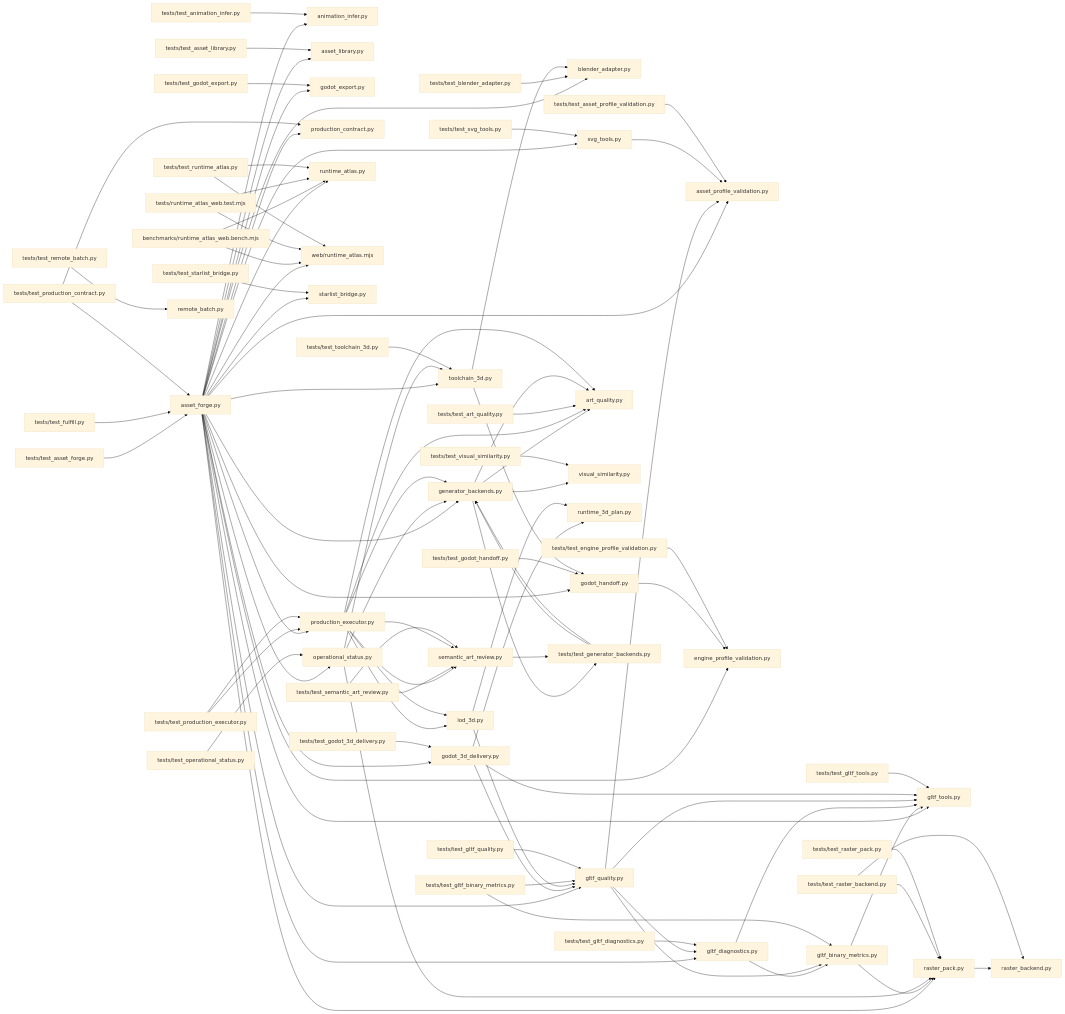
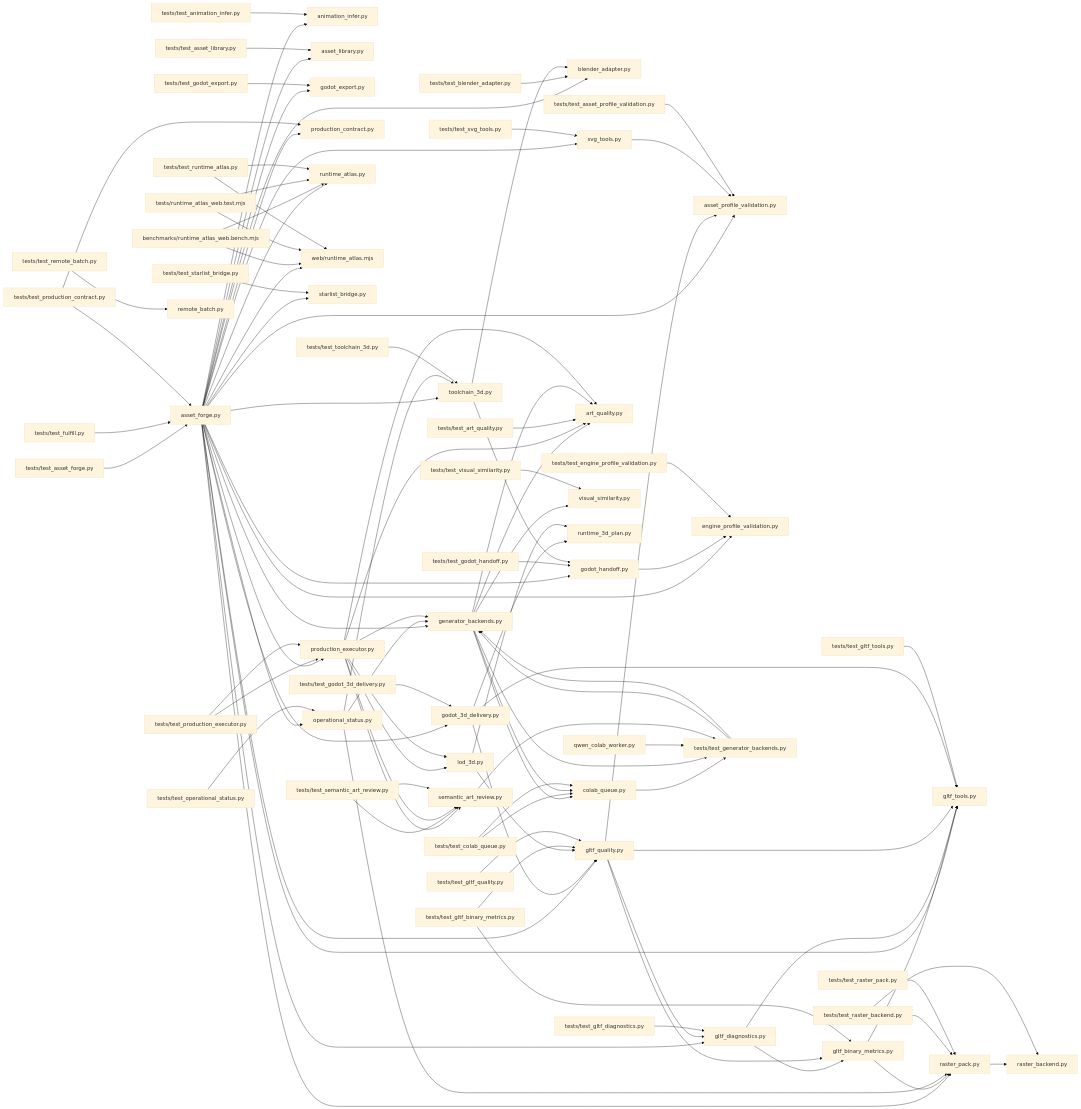
The diagram in .ai/brain/architecture.mmd (dbrckk/asset-forge), drawn with Mermaid (base theme) before and after one commit. The commit also changed 88 other files, not shown here.

```diff
--- a/.ai/brain/architecture.mmd
+++ b/.ai/brain/architecture.mmd
@@ -1,94 +1,100 @@
 flowchart LR
   nf6aaebdb60["asset_forge.py"] --> na6af60504f["animation_infer.py"]
   nf6aaebdb60["asset_forge.py"] --> n3999d8a6d6["asset_library.py"]
   nf6aaebdb60["asset_forge.py"] --> n0b538ad53a["asset_profile_validation.py"]
   nf6aaebdb60["asset_forge.py"] --> n53f8241bed["blender_adapter.py"]
   nf6aaebdb60["asset_forge.py"] --> n6c970becb0["engine_profile_validation.py"]
   nf6aaebdb60["asset_forge.py"] --> n628d7e8336["generator_backends.py"]
   nf6aaebdb60["asset_forge.py"] --> n75933d141d["gltf_diagnostics.py"]
   nf6aaebdb60["asset_forge.py"] --> n40671eb73f["gltf_quality.py"]
   nf6aaebdb60["asset_forge.py"] --> n603af8be95["gltf_tools.py"]
   nf6aaebdb60["asset_forge.py"] --> n19f6cc30a2["godot_3d_delivery.py"]
   nf6aaebdb60["asset_forge.py"] --> nf513c6f74a["godot_export.py"]
   nf6aaebdb60["asset_forge.py"] --> n4ac24c4308["godot_handoff.py"]
   nf6aaebdb60["asset_forge.py"] --> n8e6c2af7cd["operational_status.py"]
   nf6aaebdb60["asset_forge.py"] --> n053badf172["production_contract.py"]
   nf6aaebdb60["asset_forge.py"] --> nd2e1f874ab["production_executor.py"]
   nf6aaebdb60["asset_forge.py"] --> n812f5d6cd8["raster_pack.py"]
   nf6aaebdb60["asset_forge.py"] --> n5b9c1dbfe7["runtime_atlas.py"]
   nf6aaebdb60["asset_forge.py"] --> nbf71796fb5["web/runtime_atlas.mjs"]
   nf6aaebdb60["asset_forge.py"] --> n60f2773fae["starlist_bridge.py"]
   nf6aaebdb60["asset_forge.py"] --> nd1a9eb18f4["svg_tools.py"]
   nf6aaebdb60["asset_forge.py"] --> n9f52789201["toolchain_3d.py"]
   nf1083f5ce7["benchmarks/runtime_atlas_web.bench.mjs"] --> n5b9c1dbfe7["runtime_atlas.py"]
   nf1083f5ce7["benchmarks/runtime_atlas_web.bench.mjs"] --> nbf71796fb5["web/runtime_atlas.mjs"]
   n628d7e8336["generator_backends.py"] --> n8d2c947be9["art_quality.py"]
+  n628d7e8336["generator_backends.py"] --> n297363c718["colab_queue.py"]
   n628d7e8336["generator_backends.py"] --> n138016621f["visual_similarity.py"]
   nf2ad6ffaad["gltf_binary_metrics.py"] --> n603af8be95["gltf_tools.py"]
   nf2ad6ffaad["gltf_binary_metrics.py"] --> n812f5d6cd8["raster_pack.py"]
   n75933d141d["gltf_diagnostics.py"] --> nf2ad6ffaad["gltf_binary_metrics.py"]
   n75933d141d["gltf_diagnostics.py"] --> n603af8be95["gltf_tools.py"]
   n40671eb73f["gltf_quality.py"] --> n0b538ad53a["asset_profile_validation.py"]
   n40671eb73f["gltf_quality.py"] --> nf2ad6ffaad["gltf_binary_metrics.py"]
   n40671eb73f["gltf_quality.py"] --> n75933d141d["gltf_diagnostics.py"]
   n40671eb73f["gltf_quality.py"] --> n603af8be95["gltf_tools.py"]
   n19f6cc30a2["godot_3d_delivery.py"] --> n40671eb73f["gltf_quality.py"]
   n19f6cc30a2["godot_3d_delivery.py"] --> n603af8be95["gltf_tools.py"]
   n19f6cc30a2["godot_3d_delivery.py"] --> n380cc2f323["runtime_3d_plan.py"]
   n4ac24c4308["godot_handoff.py"] --> n6c970becb0["engine_profile_validation.py"]
   n717921bc3d["lod_3d.py"] --> n40671eb73f["gltf_quality.py"]
   n717921bc3d["lod_3d.py"] --> n380cc2f323["runtime_3d_plan.py"]
   n8e6c2af7cd["operational_status.py"] --> n628d7e8336["generator_backends.py"]
   n8e6c2af7cd["operational_status.py"] --> n812f5d6cd8["raster_pack.py"]
   n8e6c2af7cd["operational_status.py"] --> n9f52789201["toolchain_3d.py"]
   nd2e1f874ab["production_executor.py"] --> n8d2c947be9["art_quality.py"]
   nd2e1f874ab["production_executor.py"] --> n628d7e8336["generator_backends.py"]
   nd2e1f874ab["production_executor.py"] --> n717921bc3d["lod_3d.py"]
   nd2e1f874ab["production_executor.py"] --> n34d09e1079["semantic_art_review.py"]
   n812f5d6cd8["raster_pack.py"] --> n1f573e1b00["raster_backend.py"]
   nd1a9eb18f4["svg_tools.py"] --> n0b538ad53a["asset_profile_validation.py"]
   n6d6a7f3f5f["tests/runtime_atlas_web.test.mjs"] --> n5b9c1dbfe7["runtime_atlas.py"]
   n6d6a7f3f5f["tests/runtime_atlas_web.test.mjs"] --> nbf71796fb5["web/runtime_atlas.mjs"]
   ndd9a4fb45c["tests/test_animation_infer.py"] --> na6af60504f["animation_infer.py"]
   nd3b6d2e9bf["tests/test_art_quality.py"] --> n8d2c947be9["art_quality.py"]
   na7d4387d3f["tests/test_asset_forge.py"] --> nf6aaebdb60["asset_forge.py"]
   nd8f3ab5afe["tests/test_asset_library.py"] --> n3999d8a6d6["asset_library.py"]
   necd522caf1["tests/test_asset_profile_validation.py"] --> n0b538ad53a["asset_profile_validation.py"]
   n0b5e01c792["tests/test_blender_adapter.py"] --> n53f8241bed["blender_adapter.py"]
+  n95d1bab560["tests/test_colab_queue.py"] --> n297363c718["colab_queue.py"]
   n69f8299d4b["tests/test_engine_profile_validation.py"] --> n6c970becb0["engine_profile_validation.py"]
   n8020ce18e3["tests/test_fulfill.py"] --> nf6aaebdb60["asset_forge.py"]
   n3669c12588["tests/test_generator_backends.py"] --> n628d7e8336["generator_backends.py"]
   nd70a422de4["tests/test_gltf_binary_metrics.py"] --> nf2ad6ffaad["gltf_binary_metrics.py"]
   nd70a422de4["tests/test_gltf_binary_metrics.py"] --> n40671eb73f["gltf_quality.py"]
   nfb115d84b9["tests/test_gltf_diagnostics.py"] --> n75933d141d["gltf_diagnostics.py"]
   n9879eb7c58["tests/test_gltf_quality.py"] --> n40671eb73f["gltf_quality.py"]
   nbe4b566f23["tests/test_gltf_tools.py"] --> n603af8be95["gltf_tools.py"]
   n5132dff4b4["tests/test_godot_3d_delivery.py"] --> n19f6cc30a2["godot_3d_delivery.py"]
   n765e2032dc["tests/test_godot_export.py"] --> nf513c6f74a["godot_export.py"]
   n796d12e7ad["tests/test_godot_handoff.py"] --> n4ac24c4308["godot_handoff.py"]
   nae44096017["tests/test_operational_status.py"] --> n8e6c2af7cd["operational_status.py"]
   n2bf208ea95["tests/test_production_contract.py"] --> nf6aaebdb60["asset_forge.py"]
   n2bf208ea95["tests/test_production_contract.py"] --> n053badf172["production_contract.py"]
   n7bb7caee30["tests/test_production_executor.py"] --> nd2e1f874ab["production_executor.py"]
   nfa190699df["tests/test_raster_backend.py"] --> n1f573e1b00["raster_backend.py"]
   nfa190699df["tests/test_raster_backend.py"] --> n812f5d6cd8["raster_pack.py"]
   nacd4f64dad["tests/test_raster_pack.py"] --> n812f5d6cd8["raster_pack.py"]
   ncdb28658b5["tests/test_remote_batch.py"] --> nfa0ff63ea9["remote_batch.py"]
   n648bc622f8["tests/test_runtime_atlas.py"] --> n5b9c1dbfe7["runtime_atlas.py"]
   n648bc622f8["tests/test_runtime_atlas.py"] --> nbf71796fb5["web/runtime_atlas.mjs"]
   n95de5055fd["tests/test_semantic_art_review.py"] --> n34d09e1079["semantic_art_review.py"]
   n741d12fac4["tests/test_starlist_bridge.py"] --> n60f2773fae["starlist_bridge.py"]
   n9799642b7e["tests/test_svg_tools.py"] --> nd1a9eb18f4["svg_tools.py"]
   n67da2e7cde["tests/test_toolchain_3d.py"] --> n9f52789201["toolchain_3d.py"]
   nb1c19216ea["tests/test_visual_similarity.py"] --> n138016621f["visual_similarity.py"]
   n9f52789201["toolchain_3d.py"] --> n53f8241bed["blender_adapter.py"]
   n9f52789201["toolchain_3d.py"] --> n4ac24c4308["godot_handoff.py"]
   n628d7e8336["generator_backends.py"] --> n8d2c947be9["art_quality.py"]
   nd2e1f874ab["production_executor.py"] --> n8d2c947be9["art_quality.py"]
+  n628d7e8336["generator_backends.py"] --> n297363c718["colab_queue.py"]
+  n95d1bab560["tests/test_colab_queue.py"] --> n297363c718["colab_queue.py"]
   n3669c12588["tests/test_generator_backends.py"] --> n628d7e8336["generator_backends.py"]
   nd2e1f874ab["production_executor.py"] --> n717921bc3d["lod_3d.py"]
   n7bb7caee30["tests/test_production_executor.py"] --> nd2e1f874ab["production_executor.py"]
+  n297363c718["colab_queue.py"] --> n3669c12588["tests/test_generator_backends.py"]
   n628d7e8336["generator_backends.py"] --> n3669c12588["tests/test_generator_backends.py"]
+  n1007958fa3["qwen_colab_worker.py"] --> n3669c12588["tests/test_generator_backends.py"]
   n34d09e1079["semantic_art_review.py"] --> n3669c12588["tests/test_generator_backends.py"]
   nd2e1f874ab["production_executor.py"] --> n34d09e1079["semantic_art_review.py"]
   n95de5055fd["tests/test_semantic_art_review.py"] --> n34d09e1079["semantic_art_review.py"]
```
